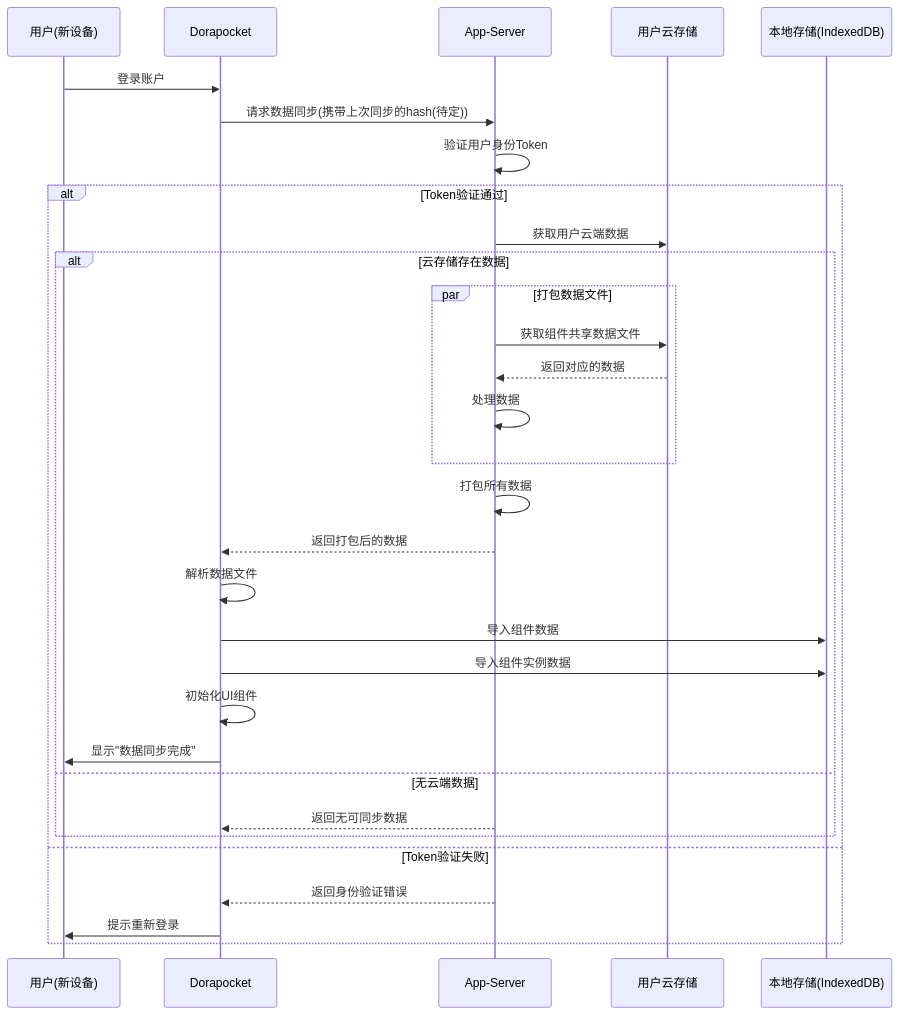
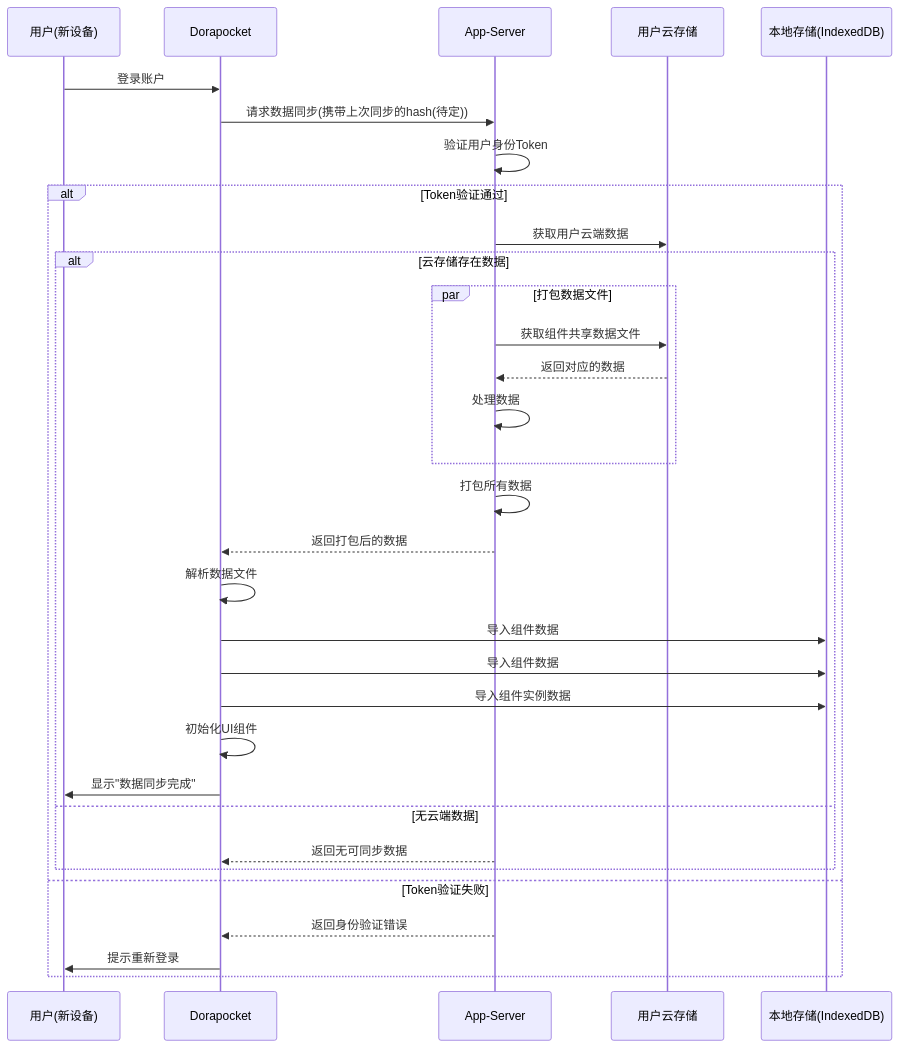
Before and after one commit to yingjianzh/iodraw-files: the diagram in all/未命名-38.md, drawn with Mermaid.

Commit message:
2025-04-21 14:08:43 update

````diff
--- a/all/未命名-38.md
+++ b/all/未命名-38.md
@@ -1,44 +1,45 @@
 ```mermaid
 sequenceDiagram
     participant User as 用户(新设备)
     participant App as Dorapocket
     participant AppServer as App-Server
     participant UserCloud as 用户云存储
     participant LocalDB as 本地存储(IndexedDB)
     
     User->>App: 登录账户
     
     App->>AppServer: 请求数据同步(携带上次同步的hash(待定))
     AppServer->>AppServer: 验证用户身份Token
     
     alt Token验证通过
         AppServer->>UserCloud: 获取用户云端数据
         
         
         alt 云存储存在数据
             par 打包数据文件
                 AppServer->>UserCloud: 获取组件共享数据文件
                 UserCloud-->>AppServer: 返回对应的数据
                 
                 AppServer->>AppServer: 处理数据
             end
             
             AppServer->>AppServer: 打包所有数据
             AppServer-->>App: 返回打包后的数据
             
             App->>App: 解析数据文件
             
             App->>LocalDB: 导入组件数据
+            App->>LocalDB: 导入组件数据
             App->>LocalDB: 导入组件实例数据
             
             App->>App: 初始化UI组件
             App->>User: 显示"数据同步完成"
         else 无云端数据
             AppServer-->>App: 返回无可同步数据
     
         end
     else Token验证失败
         AppServer-->>App: 返回身份验证错误
         App->>User: 提示重新登录
     end
 ```
````
